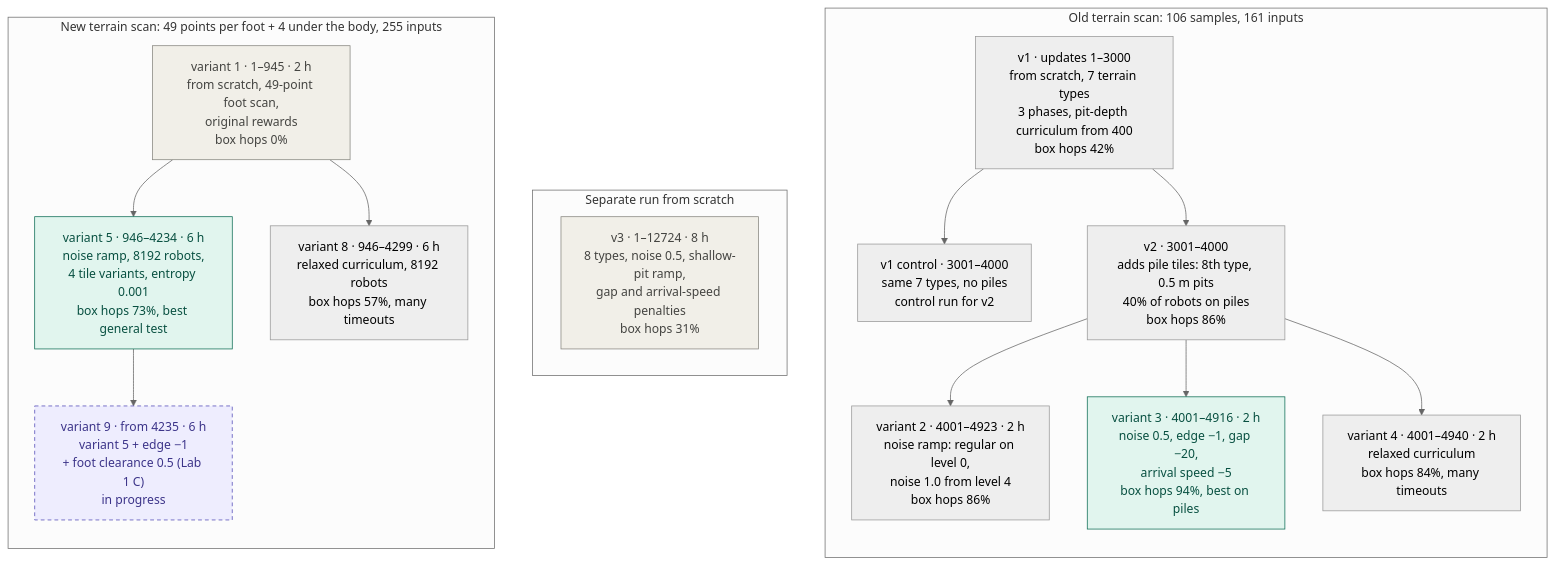
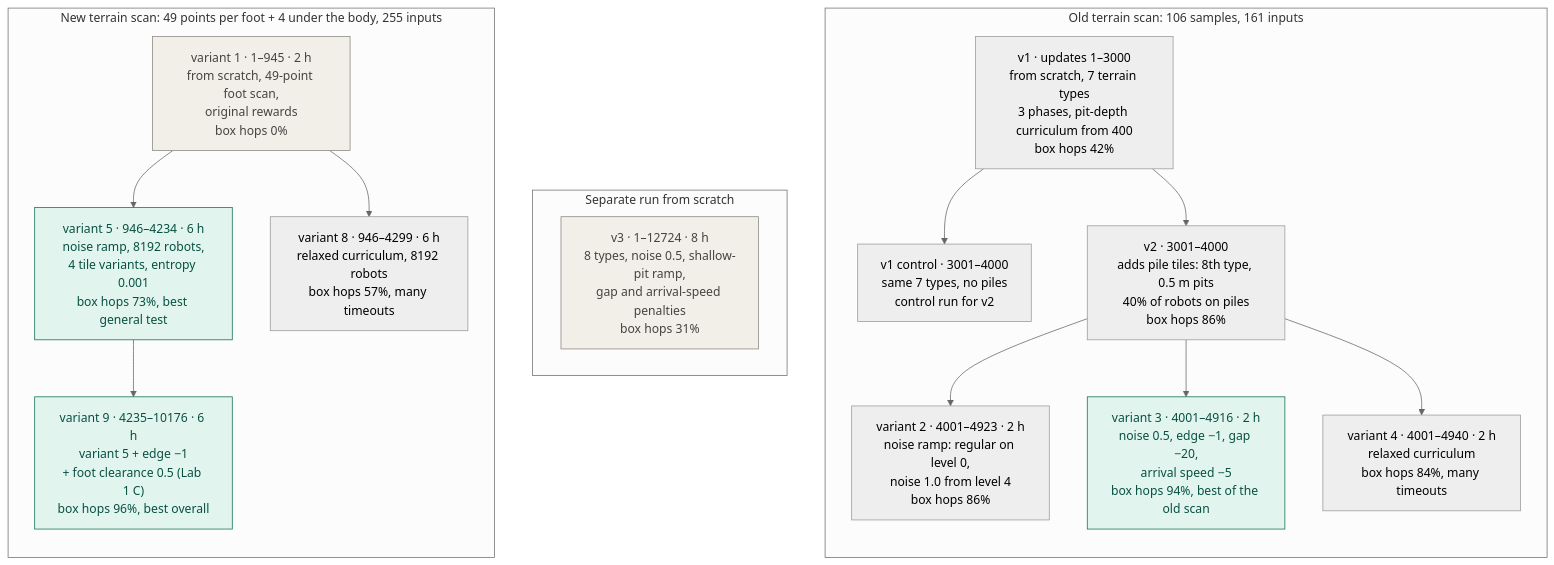
Before and after one commit to TanmayKumar-EngStud/quadrupedal-locomotion-with-local-perception-: the diagram in docs/TRAINING_VARIANTS.md, drawn with Mermaid (neutral theme). The commit also changed other lines of this file and 1 other file, not shown here.

First line of the commit message:
Add variant 9's results to the guide and the family tree

````diff
--- a/docs/TRAINING_VARIANTS.md
+++ b/docs/TRAINING_VARIANTS.md
@@ -637,36 +654,34 @@
 ```mermaid
 flowchart TD
   subgraph OLD["Old terrain scan: 106 samples, 161 inputs"]
     direction TB
     V1["v1 · updates 1–3000<br/>from scratch, 7 terrain types<br/>3 phases, pit-depth curriculum from 400<br/>box hops 42%"]
     V1C["v1 control · 3001–4000<br/>same 7 types, no piles<br/>control run for v2"]
     V2["v2 · 3001–4000<br/>adds pile tiles: 8th type, 0.5 m pits<br/>40% of robots on piles<br/>box hops 86%"]
     VA2["variant 2 · 4001–4923 · 2 h<br/>noise ramp: regular on level 0,<br/>noise 1.0 from level 4<br/>box hops 86%"]
-    VA3["variant 3 · 4001–4916 · 2 h<br/>noise 0.5, edge −1, gap −20,<br/>arrival speed −5<br/>box hops 94%, best on piles"]
+    VA3["variant 3 · 4001–4916 · 2 h<br/>noise 0.5, edge −1, gap −20,<br/>arrival speed −5<br/>box hops 94%, best of the old scan"]
     VA4["variant 4 · 4001–4940 · 2 h<br/>relaxed curriculum<br/>box hops 84%, many timeouts"]
     V1 --> V1C
     V1 --> V2
     V2 --> VA2
     V2 --> VA3
     V2 --> VA4
   end
   subgraph SCRATCH["Separate run from scratch"]
     V3["v3 · 1–12724 · 8 h<br/>8 types, noise 0.5, shallow-pit ramp,<br/>gap and arrival-speed penalties<br/>box hops 31%"]
   end
   subgraph NEW["New terrain scan: 49 points per foot + 4 under the body, 255 inputs"]
     direction TB
     VA1["variant 1 · 1–945 · 2 h<br/>from scratch, 49-point foot scan,<br/>original rewards<br/>box hops 0%"]
     VA5["variant 5 · 946–4234 · 6 h<br/>noise ramp, 8192 robots,<br/>4 tile variants, entropy 0.001<br/>box hops 73%, best general test"]
     VA8["variant 8 · 946–4299 · 6 h<br/>relaxed curriculum, 8192 robots<br/>box hops 57%, many timeouts"]
-    VA9["variant 9 · from 4235 · 6 h<br/>variant 5 + edge −1<br/>+ foot clearance 0.5 (Lab 1 C)<br/>in progress"]
+    VA9["variant 9 · 4235–10176 · 6 h<br/>variant 5 + edge −1<br/>+ foot clearance 0.5 (Lab 1 C)<br/>box hops 96%, best overall"]
     VA1 --> VA5
     VA1 --> VA8
     VA5 --> VA9
   end
   classDef best fill:#E1F5EE,stroke:#0F6E56,color:#085041
   classDef weak fill:#F1EFE8,stroke:#888780,color:#444441
-  classDef running fill:#EEEDFE,stroke:#534AB7,color:#3C3489,stroke-dasharray:5 4
-  class VA3,VA5 best
+  class VA3,VA5,VA9 best
   class V3,VA1 weak
-  class VA9 running
 ```
````
